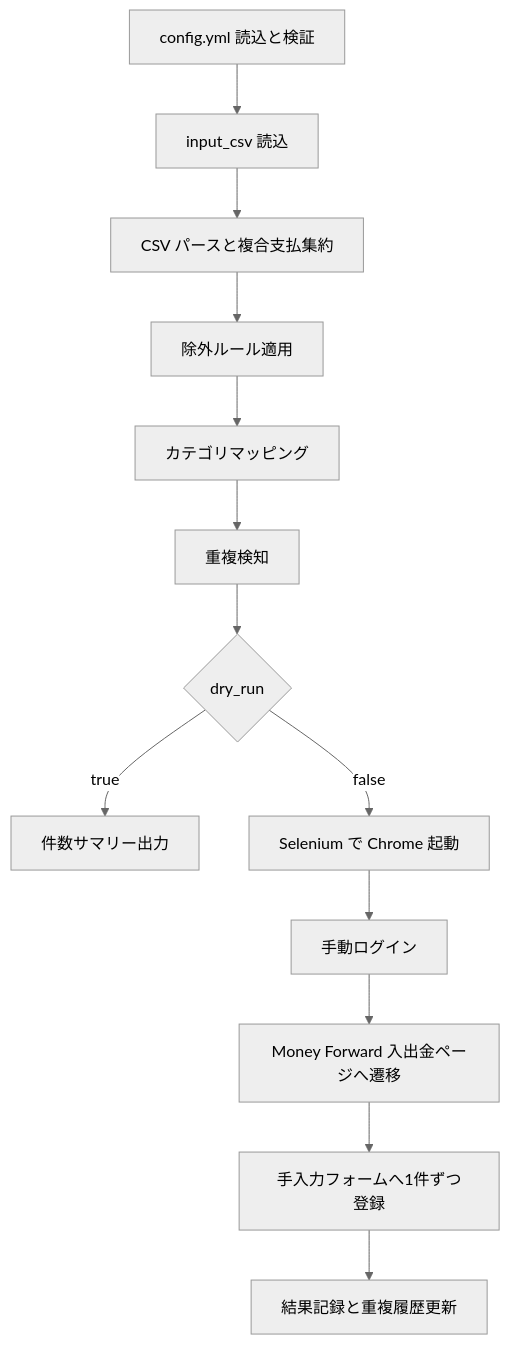
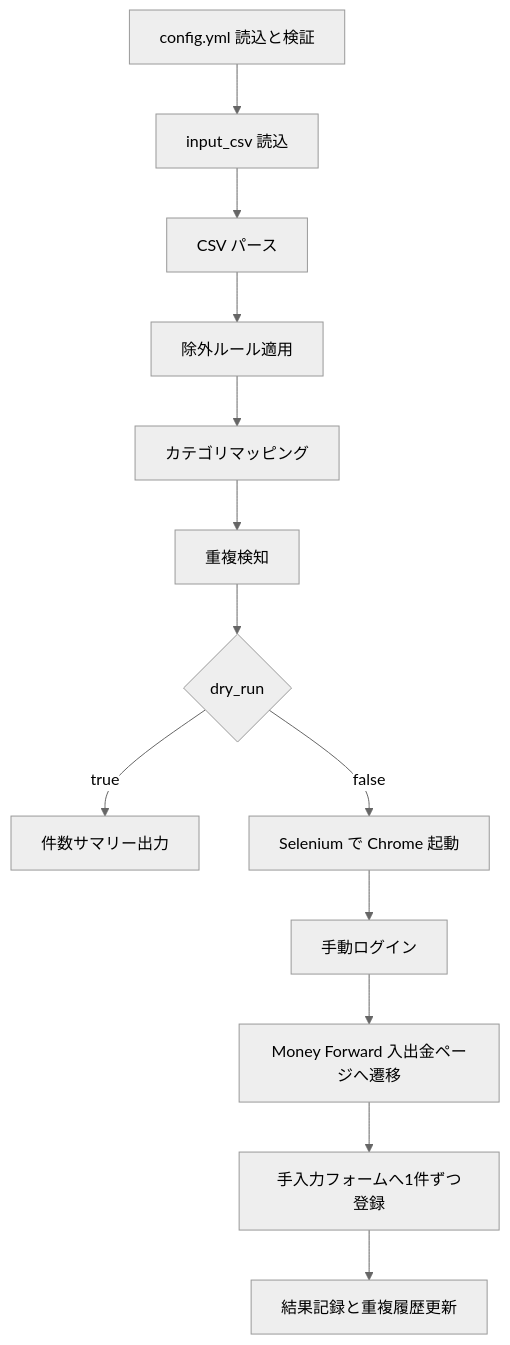
The diagram in docs/基本設計書.md (Shinoryo/PayPay2MF), drawn with Mermaid (neutral theme) before and after one commit. The commit also changed other lines of this file and 4 other files, not shown here.

````diff
--- a/docs/基本設計書.md
+++ b/docs/基本設計書.md
@@ -37,15 +37,15 @@
 ```mermaid
 flowchart TD
   A["config.yml 読込と検証"] --> B["input_csv 読込"]
-  B --> C["CSV パースと複合支払集約"]
+  B --> C["CSV パース"]
   C --> D["除外ルール適用"]
   D --> E["カテゴリマッピング"]
   E --> F["重複検知"]
   F --> G{"dry_run"}
   G -->|"true"| H["件数サマリー出力"]
   G -->|"false"| I["Selenium で Chrome 起動"]
   I --> J["手動ログイン"]
   J --> K["Money Forward 入出金ページへ遷移"]
   K --> L["手入力フォームへ1件ずつ登録"]
   L --> M["結果記録と重複履歴更新"]
 ```
````
